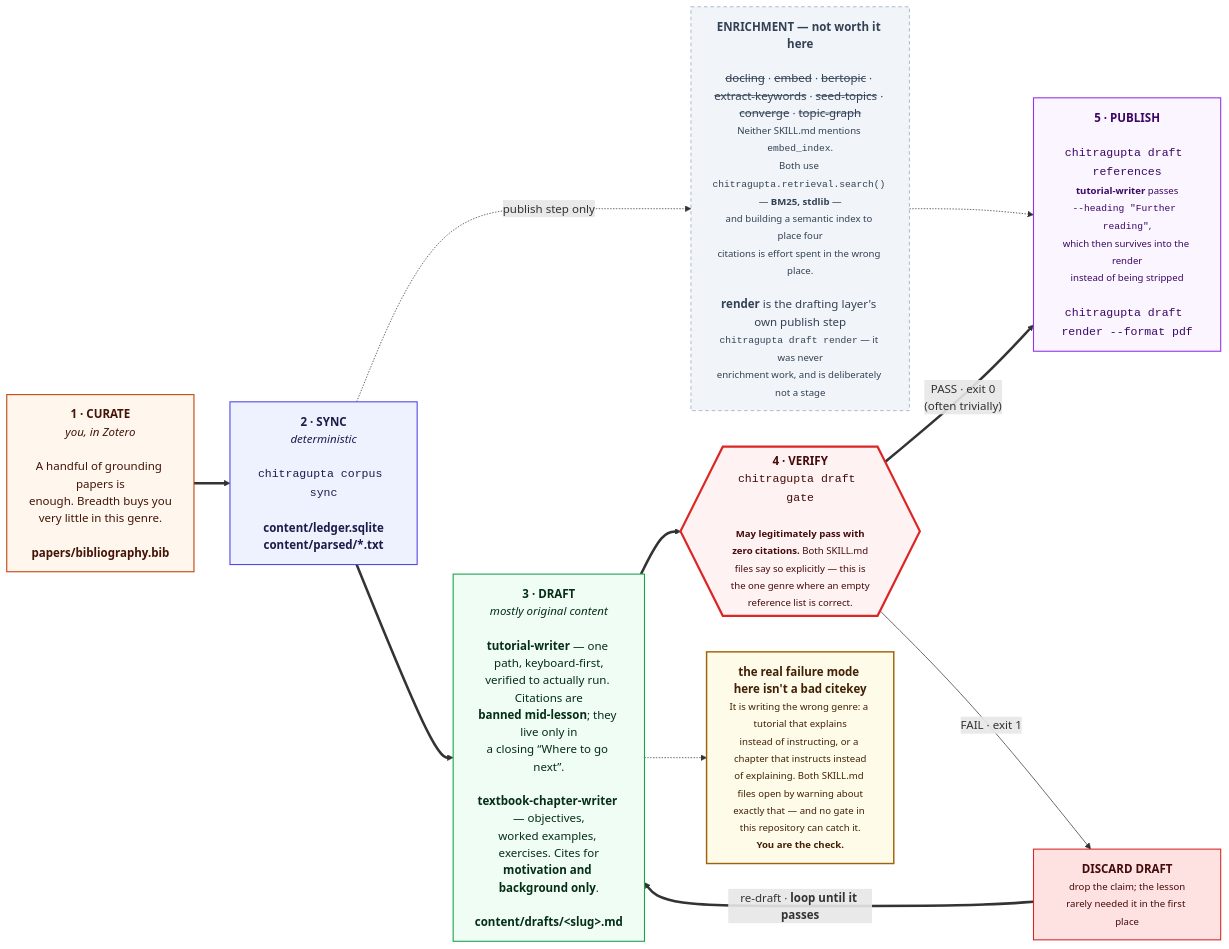
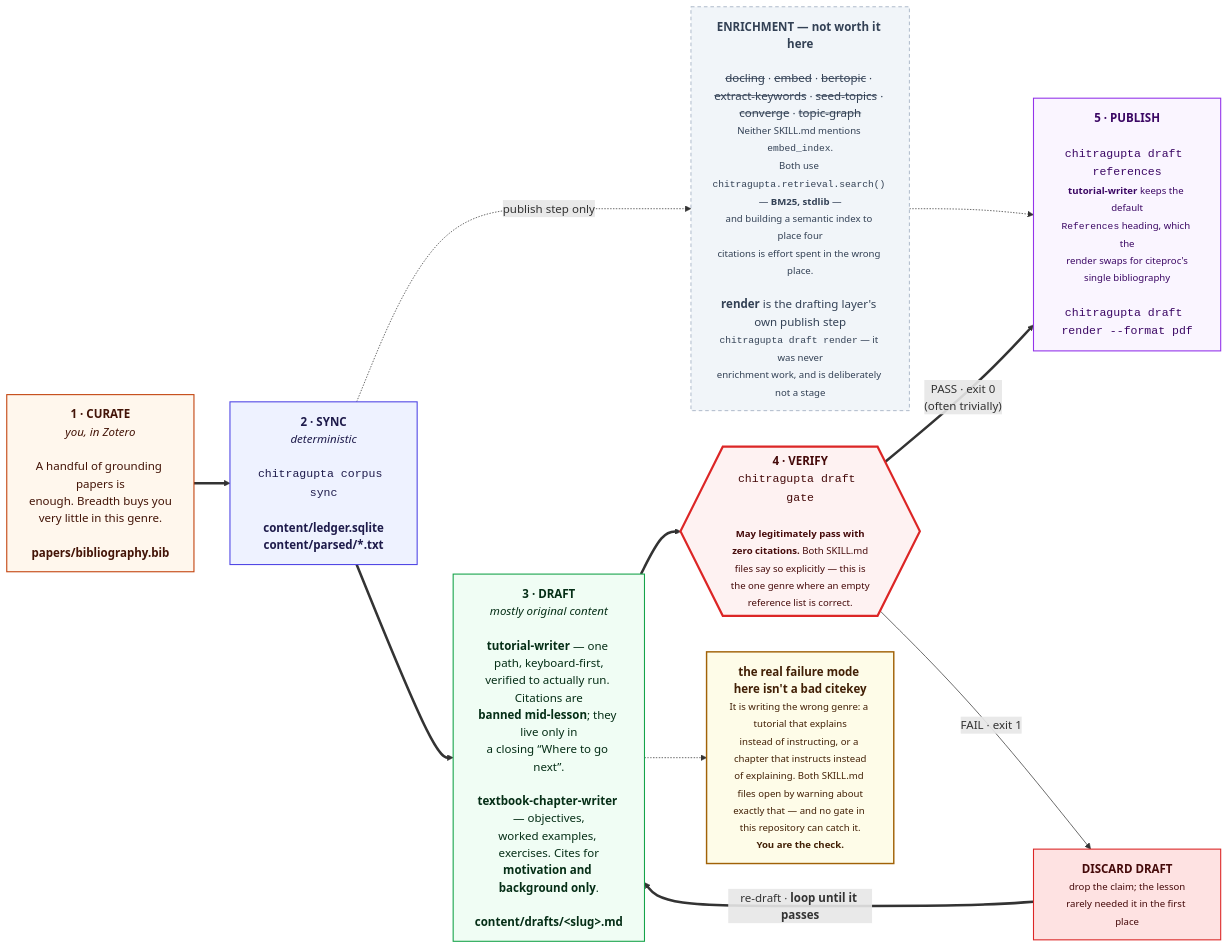
One commit to prasadtalasila/chitragupta changed the eighth of 13 diagrams in docs/DIAGRAMS.md. Above: the diagram before and after it, drawn with Mermaid. The commit also changed 9 other files, not shown here.

First line of the commit message:
Align the tutorial genre's references heading with the other genres

````diff
--- a/docs/DIAGRAMS.md
+++ b/docs/DIAGRAMS.md
@@ -764,45 +764,45 @@
 ```mermaid
 flowchart LR
 
   P0["<b>1 · CURATE</b><br/><i>you, in Zotero</i><br/><br/>A handful of grounding papers is<br/>enough. Breadth buys you<br/>very little in this genre.<br/><br/><b>papers/bibliography.bib</b>"]
 
   P1["<b>2 · SYNC</b><br/><i>deterministic</i><br/><br/><code>chitragupta corpus sync</code><br/><br/><b>content/ledger.sqlite</b><br/><b>content/parsed/*.txt</b>"]
 
   HEAVY["<b>ENRICHMENT — not worth it here</b><br/><br/><s>docling</s> · <s>embed</s> · <s>bertopic</s> · <s>extract-keywords</s> · <s>seed-topics</s> · <s>converge</s> · <s>topic-graph</s><br/><small>Neither SKILL.md mentions <code>embed_index</code>.<br/>Both use <code>chitragupta.retrieval.search()</code> — <b>BM25, stdlib</b> —<br/>and building a semantic index to place four<br/>citations is effort spent in the wrong place.</small><br/><br/><b>render</b> is the drafting layer's own publish step<br/><small><code>chitragupta draft render</code> — it was never<br/>enrichment work, and is deliberately not a stage</small>"]
 
   P2["<b>3 · DRAFT</b><br/><i>mostly original content</i><br/><br/><b>tutorial-writer</b> — one path, keyboard-first,<br/>verified to actually run. Citations are<br/><b>banned mid-lesson</b>; they live only in<br/>a closing “Where to go next”.<br/><br/><b>textbook-chapter-writer</b> — objectives,<br/>worked examples, exercises. Cites for<br/><b>motivation and background only</b>.<br/><br/><b>content/drafts/&lt;slug&gt;.md</b>"]
 
   P3{{"<b>4 · VERIFY</b><br/><code>chitragupta draft gate</code><br/><br/><small><b>May legitimately pass with<br/>zero citations.</b> Both SKILL.md<br/>files say so explicitly — this is<br/>the one genre where an empty<br/>reference list is correct.</small>"}}
 
   FIX["<b>DISCARD DRAFT</b><br/><small>drop the claim; the lesson<br/>rarely needed it in the first place</small>"]
 
-  P4["<b>5 · PUBLISH</b><br/><br/><code>chitragupta draft references</code><br/><small><b>tutorial-writer</b> passes<br/><code>--heading &quot;Further reading&quot;</code>,<br/>which then survives into the render<br/>instead of being stripped</small><br/><br/><code>chitragupta draft render --format pdf</code>"]
+  P4["<b>5 · PUBLISH</b><br/><br/><code>chitragupta draft references</code><br/><small><b>tutorial-writer</b> keeps the default<br/><code>References</code> heading, which the<br/>render swaps for citeproc's<br/>single bibliography</small><br/><br/><code>chitragupta draft render --format pdf</code>"]
 
   RISK["<b>the real failure mode here isn't a bad citekey</b><br/><small>It is writing the wrong genre: a tutorial that explains<br/>instead of instructing, or a chapter that instructs instead<br/>of explaining. Both SKILL.md files open by warning about<br/>exactly that — and no gate in this repository can catch it.<br/><b>You are the check.</b></small>"]
 
   P0 ==> P1 ==> P2 ==> P3
   P1 -. "publish step only" .-> HEAVY
   HEAVY -.-> P4
   P3 == "PASS · exit 0<br/>(often trivially)" ==> P4
   P3 -- "FAIL · exit 1" --> FIX
   FIX == "re-draft · <b>loop until it passes</b>" ==> P2
   P2 -.-> RISK
 
   classDef you fill:#fff7ed,stroke:#c2410c,stroke-width:1.5px,color:#431407
   classDef det fill:#eef2ff,stroke:#4f46e5,stroke-width:1.5px,color:#1e1b4b
   classDef gen fill:#f0fdf4,stroke:#16a34a,stroke-width:1.5px,color:#052e16
   classDef gate fill:#fef2f2,stroke:#dc2626,stroke-width:3px,color:#450a0a
   classDef out fill:#faf5ff,stroke:#9333ea,stroke-width:1.5px,color:#3b0764
   classDef bad fill:#fee2e2,stroke:#dc2626,stroke-width:1.5px,color:#450a0a
   classDef off fill:#f1f5f9,stroke:#94a3b8,stroke-dasharray:5 4,color:#334155
   classDef risk fill:#fefce8,stroke:#a16207,stroke-width:2px,color:#422006
 
   class P0 you
   class P1 det
   class P2 gen
   class P3 gate
   class P4 out
   class FIX bad
   class HEAVY off
   class RISK risk
 ```
````
